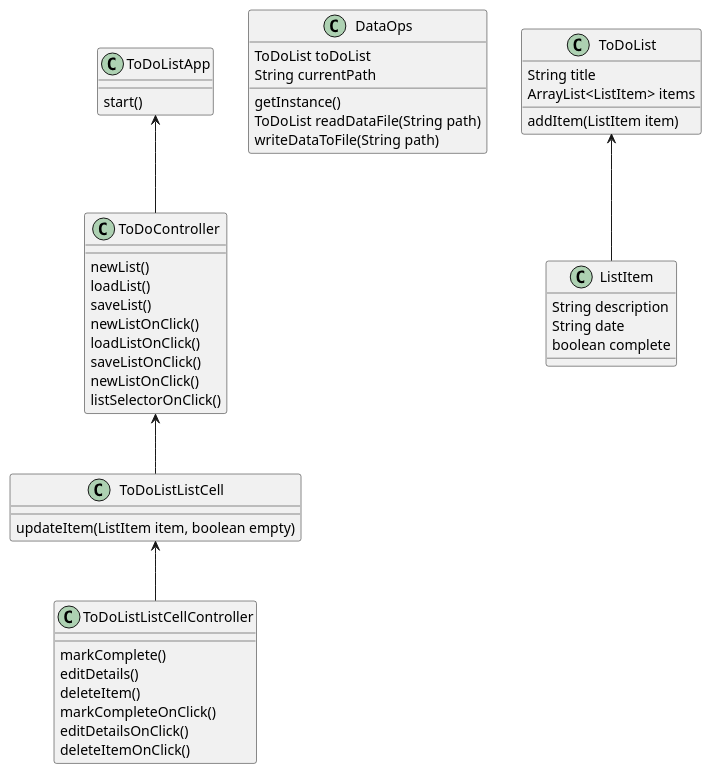
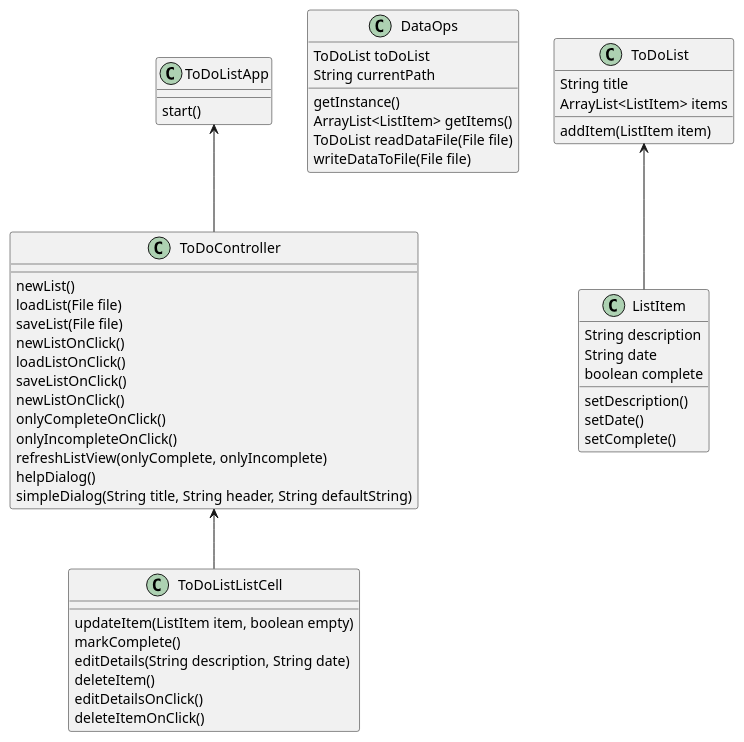
One commit to rydohg/cop3330-2Do changed the diagram in src/main/java/ucf/assignments/ToDoListApp.puml. Above: the diagram before and after it, drawn with PlantUML. The commit also changed 7 other files, not shown here.

```diff
--- a/src/main/java/ucf/assignments/ToDoListApp.puml
+++ b/src/main/java/ucf/assignments/ToDoListApp.puml
@@ -1,54 +1,57 @@
 @startuml
 class ToDoListApp {
     start()
 }
 
 class DataOps {
     ToDoList toDoList
     String currentPath
     getInstance()
-    ToDoList readDataFile(String path)
-    writeDataToFile(String path)
+    ArrayList<ListItem> getItems()
+    ToDoList readDataFile(File file)
+    writeDataToFile(File file)
 }
 
 class ToDoController {
     newList()
-    loadList()
-    saveList()
+    loadList(File file)
+    saveList(File file)
     newListOnClick()
     loadListOnClick()
     saveListOnClick()
     newListOnClick()
-    listSelectorOnClick()
+    onlyCompleteOnClick()
+    onlyIncompleteOnClick()
+    refreshListView(onlyComplete, onlyIncomplete)
+    helpDialog()
+    simpleDialog(String title, String header, String defaultString)
 }
 
 class ToDoListListCell {
     updateItem(ListItem item, boolean empty)
-}
-
-class ToDoListListCellController {
     markComplete()
-    editDetails()
+    editDetails(String description, String date)
     deleteItem()
-    markCompleteOnClick()
     editDetailsOnClick()
     deleteItemOnClick()
 }
 
 class ToDoList {
     String title
     ArrayList<ListItem> items
     addItem(ListItem item)
 }
 
 class ListItem {
     String description
     String date
     boolean complete
+    setDescription()
+    setDate()
+    setComplete()
 }
 
 ToDoList <-- ListItem
 ToDoController <-- ToDoListListCell
-ToDoListListCell <-- ToDoListListCellController
 ToDoListApp <-- ToDoController
 @enduml
```
